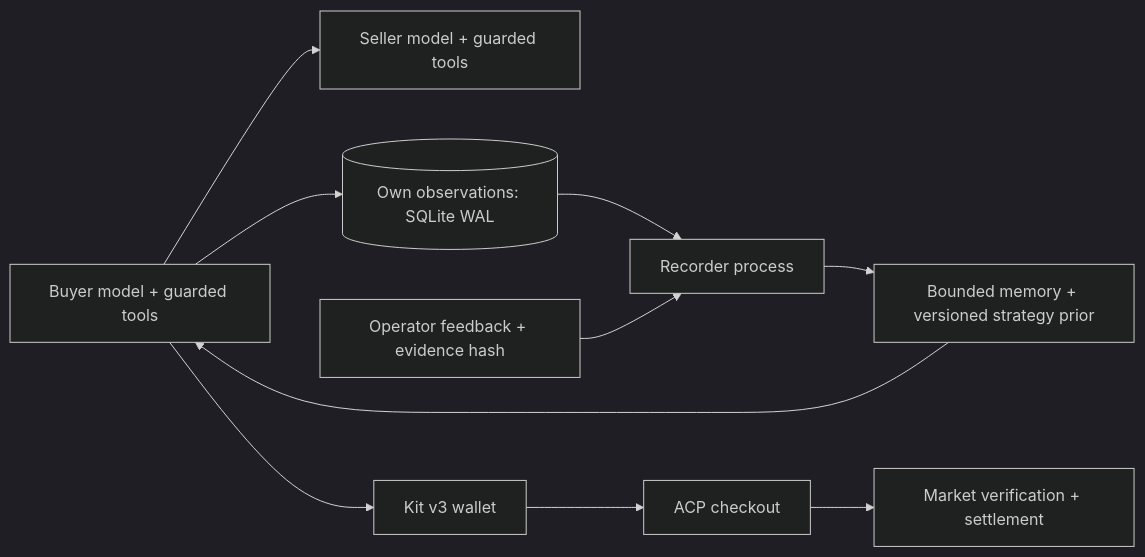
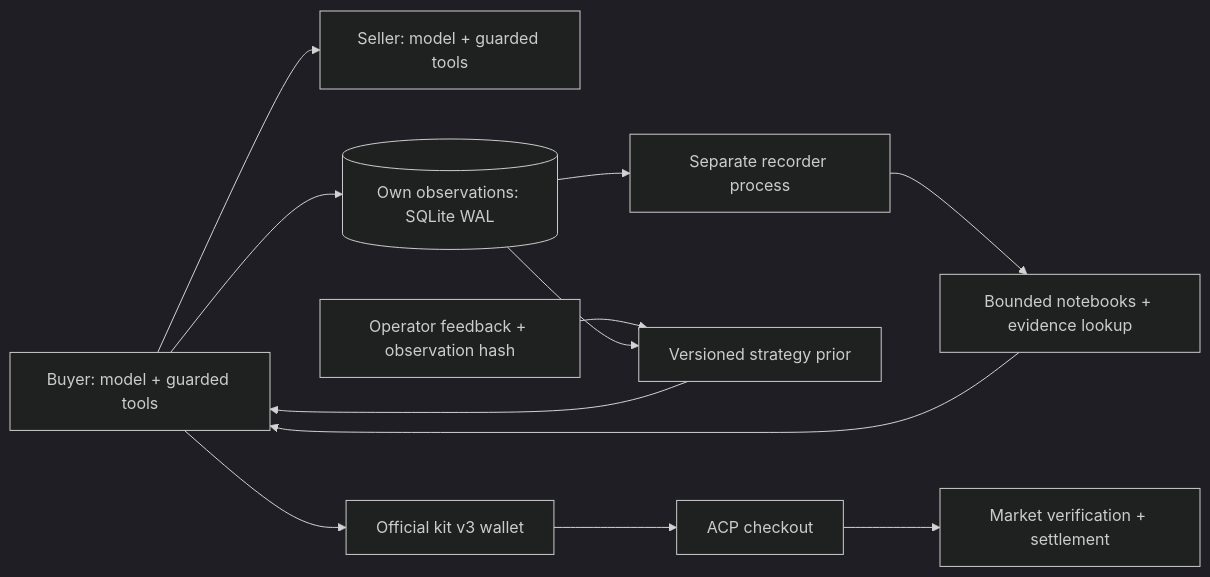
Before and after one commit to Q00/ai-agent-engineering-101: the diagram in submissions/25620027/week-08/REPORT.md, drawn with Mermaid (dark theme). The commit also changed other lines of this file and 11 other files, not shown here.

````diff
--- a/submissions/25620027/week-08/REPORT.md
+++ b/submissions/25620027/week-08/REPORT.md
@@ -60,12 +43,14 @@
 ```mermaid
 flowchart LR
-  B[Buyer model + guarded tools] --> S[Seller model + guarded tools]
+  B[Buyer: model + guarded tools] --> S[Seller: model + guarded tools]
   B --> J[(Own observations: SQLite WAL)]
-  J --> R[Recorder process]
-  H[Operator feedback + evidence hash] --> R
-  R --> P[Bounded memory + versioned strategy prior]
+  J --> R[Separate recorder process]
+  R --> N[Bounded notebooks + evidence lookup]
+  N --> B
+  O[Operator feedback + observation hash] --> P[Versioned strategy prior]
+  J --> P
   P --> B
-  B --> W[Kit v3 wallet]
+  B --> W[Official kit v3 wallet]
   W --> C[ACP checkout]
   C --> M[Market verification + settlement]
 ```
````
